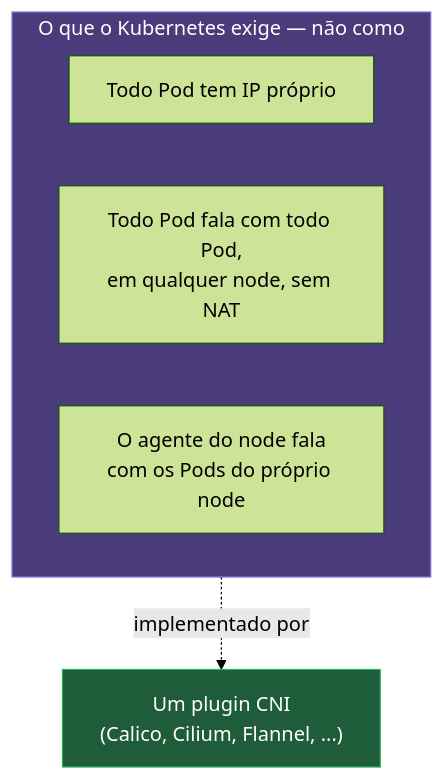
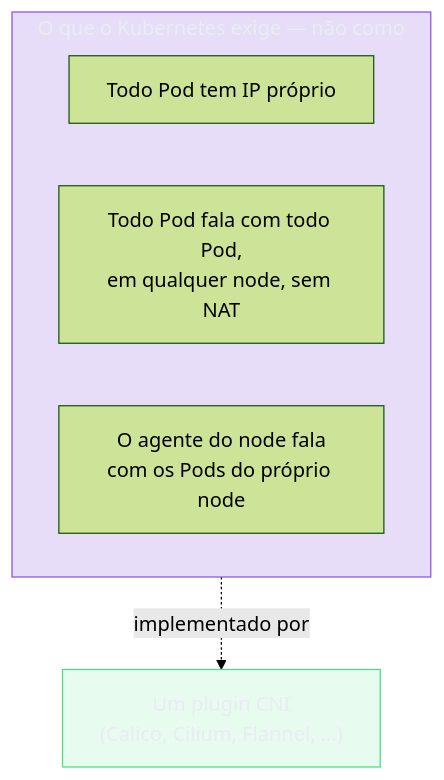
One commit to josenaldo/codex-technomanticus changed the first of 5 diagrams in 03-Dominios/Tecnologia/Infraestrutura/Kubernetes/20 - Rede do cluster por dentro.md. Above: the diagram before and after it, drawn with Mermaid (forest theme). The commit also changed other lines of this file and 1181 other files, not shown here.

First line of the commit message:
fix(diagramas): paleta do sistema no lugar de cor cravada no markdown

````diff
--- a/03-Dominios/Tecnologia/Infraestrutura/Kubernetes/20 - Rede do cluster por dentro.md
+++ b/03-Dominios/Tecnologia/Infraestrutura/Kubernetes/20 - Rede do cluster por dentro.md
@@ -35,12 +35,14 @@
 ```mermaid
 graph TB
+    classDef marca fill:#8855DF33,stroke:#8855DF,color:#E9ECF2
+    classDef ok fill:#4ADE8021,stroke:#4ADE80,color:#E9ECF2
     subgraph Requisito["O que o Kubernetes exige — não como"]
         R1["Todo Pod tem IP próprio"]
         R2["Todo Pod fala com todo Pod,<br/>em qualquer node, sem NAT"]
         R3["O agente do node fala<br/>com os Pods do próprio node"]
     end
     Requisito -.->|"implementado por"| CNI["Um plugin CNI<br/>(Calico, Cilium, Flannel, ...)"]
 
-    style Requisito fill:#4a3b7a,stroke:#8e6fd6,color:#fff
-    style CNI fill:#1e5c3a,stroke:#27ae60,color:#fff
+    class Requisito marca
+    class CNI ok
 ```
````
